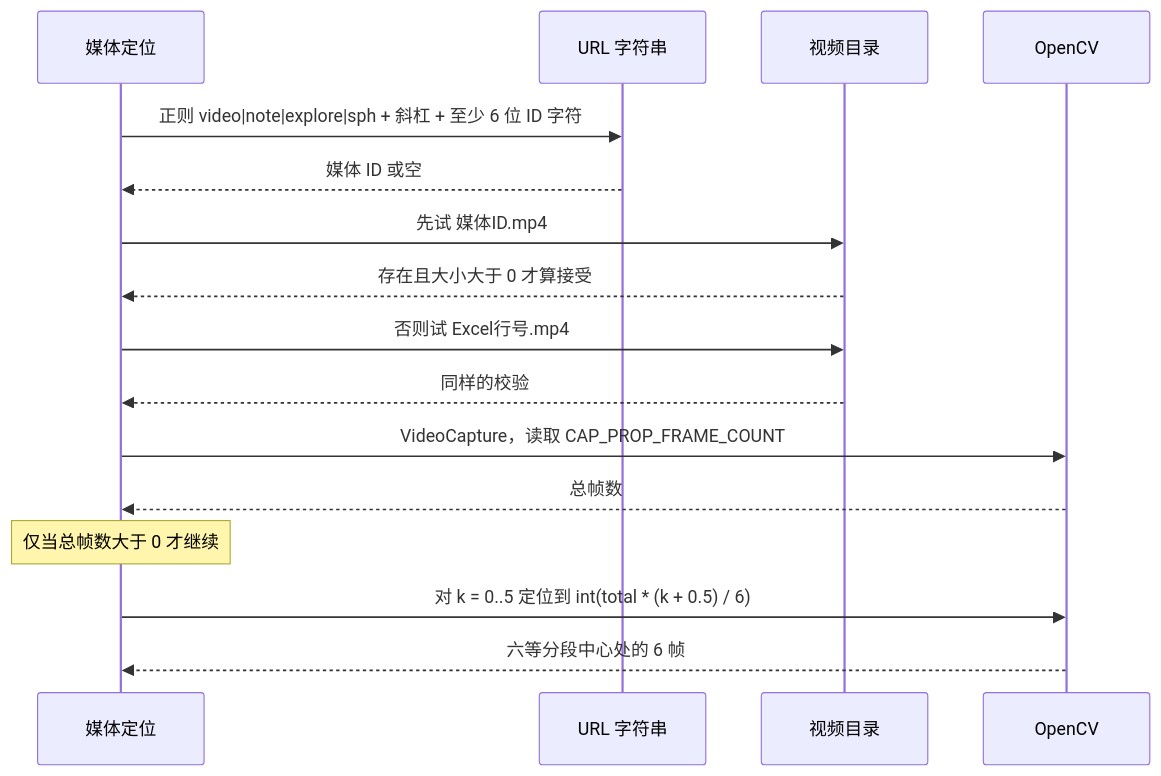
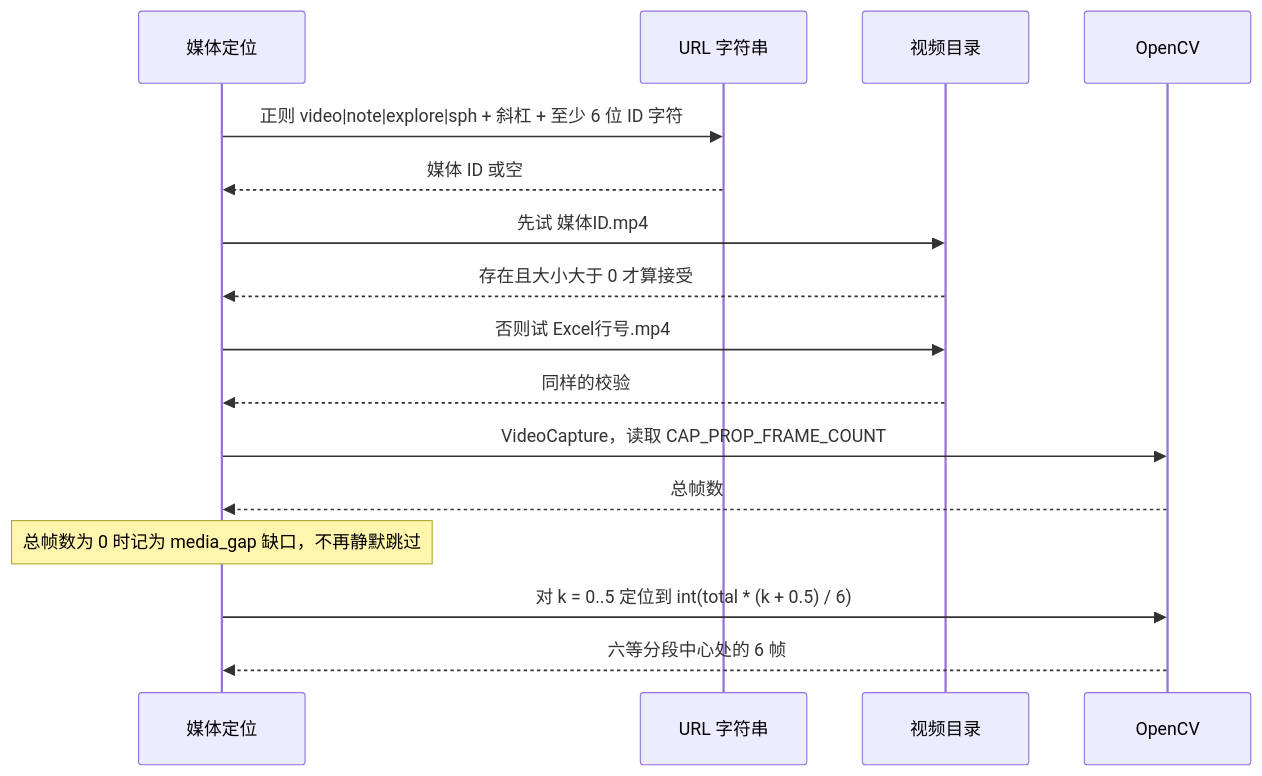
The fourth of 6 diagrams in README.zh-CN.md (Ethan-upgrade/sv-topic-screener), drawn with Mermaid before and after one commit. The commit also changed other lines of this file and 4 other files, not shown here.

````diff
--- a/README.zh-CN.md
+++ b/README.zh-CN.md
@@ -228,19 +256,19 @@
 ```mermaid
 sequenceDiagram
     participant D as 媒体定位
     participant U as URL 字符串
     participant F as 视频目录
     participant CV as OpenCV
 
     D->>U: 正则 video|note|explore|sph + 斜杠 + 至少 6 位 ID 字符
     U-->>D: 媒体 ID 或空
     D->>F: 先试 媒体ID.mp4
     F-->>D: 存在且大小大于 0 才算接受
     D->>F: 否则试 Excel行号.mp4
     F-->>D: 同样的校验
     D->>CV: VideoCapture，读取 CAP_PROP_FRAME_COUNT
     CV-->>D: 总帧数
-    Note over D: 仅当总帧数大于 0 才继续
+    Note over D: 总帧数为 0 时记为 media_gap 缺口，不再静默跳过
     D->>CV: 对 k = 0..5 定位到 int(total * (k + 0.5) / 6)
     CV-->>D: 六等分段中心处的 6 帧
 ```
````
